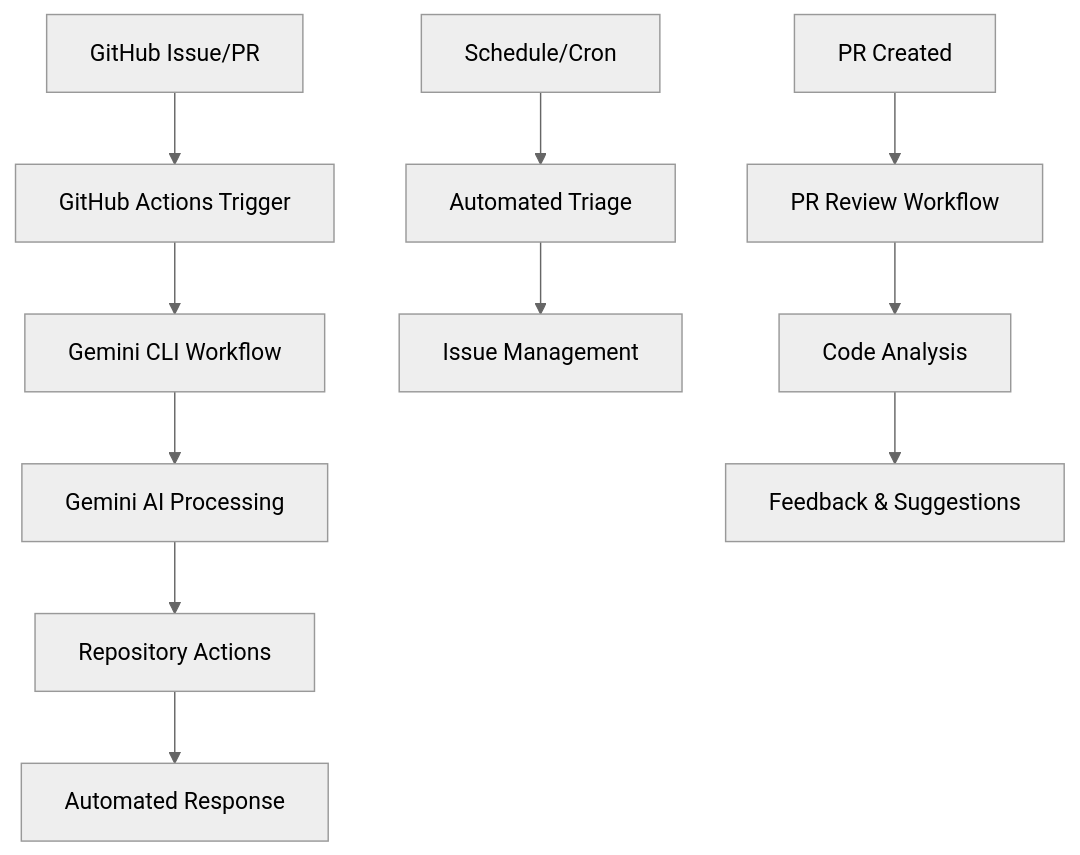
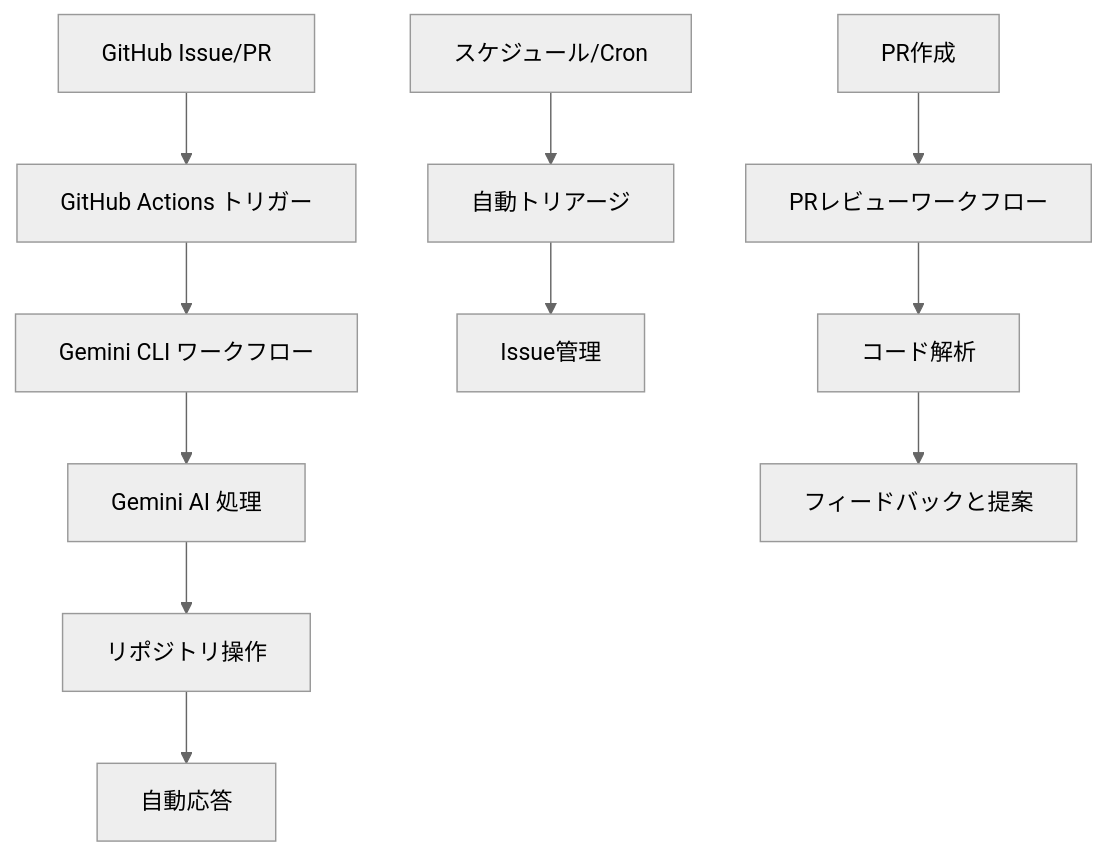
The diagram in README.md (Sunwood-ai-labsII/gemini-actions-lab), drawn with Mermaid (neutral theme) before and after one commit. The commit also changed other lines of this file, not shown here.

````diff
--- a/README.md
+++ b/README.md
@@ -67,15 +67,15 @@
 ```mermaid
 graph TD
-    A[GitHub Issue/PR] --> B[GitHub Actions Trigger]
-    B --> C[Gemini CLI Workflow]
-    C --> D[Gemini AI Processing]
-    D --> E[Repository Actions]
-    E --> F[Automated Response]
+    A[GitHub Issue/PR] --> B[GitHub Actions トリガー]
+    B --> C[Gemini CLI ワークフロー]
+    C --> D[Gemini AI 処理]
+    D --> E[リポジトリ操作]
+    E --> F[自動応答]
 
-    G[Schedule/Cron] --> H[Automated Triage]
-    H --> I[Issue Management]
+    G[スケジュール/Cron] --> H[自動トリアージ]
+    H --> I[Issue管理]
 
-    J[PR Created] --> K[PR Review Workflow]
-    K --> L[Code Analysis]
-    L --> M[Feedback & Suggestions]
+    J[PR作成] --> K[PRレビューワークフロー]
+    K --> L[コード解析]
+    L --> M[フィードバックと提案]
 ```
````
